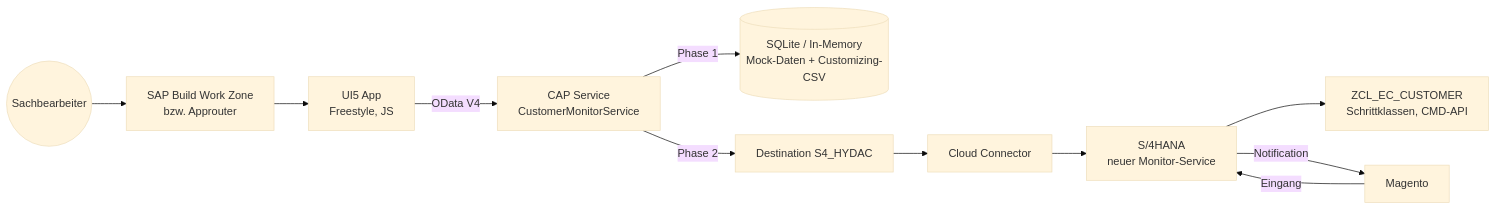
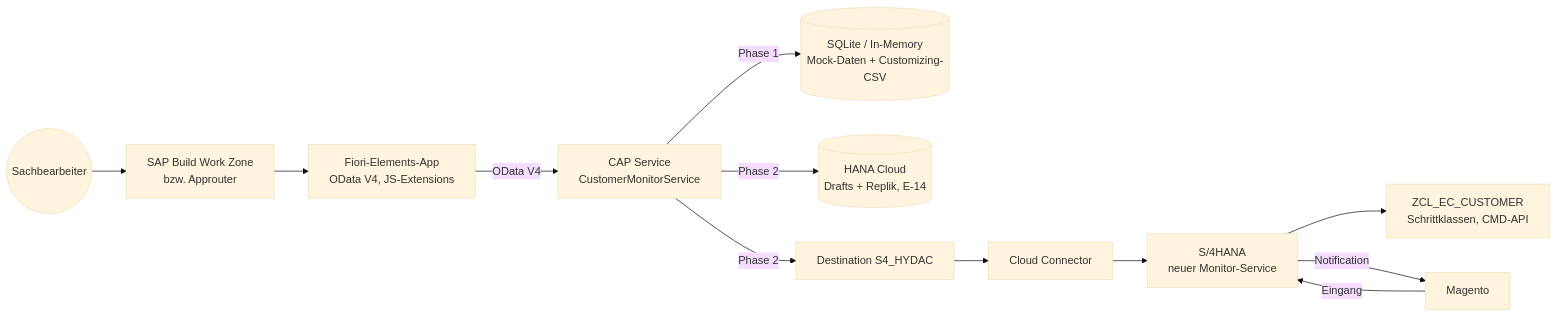
One commit to igorvorobevde/btp-cust-monitor changed the diagram in docs/02_architektur.md. Above: the diagram before and after it, drawn with Mermaid (base theme). The commit also changed other lines of this file and 4 other files, not shown here.

First line of the commit message:
docs: architecture plan for migration to Fiori Elements (OData V4)

````diff
--- a/docs/02_architektur.md
+++ b/docs/02_architektur.md
@@ -5,13 +5,14 @@
 ```mermaid
 flowchart LR
   U((Sachbearbeiter)) --> WZ[SAP Build Work Zone<br/>bzw. Approuter]
-  WZ --> UI[UI5 App<br/>Freestyle, JS]
+  WZ --> UI[Fiori-Elements-App<br/>OData V4, JS-Extensions]
   UI -->|OData V4| CAP[CAP Service<br/>CustomerMonitorService]
   CAP -->|Phase 1| MOCK[(SQLite / In-Memory<br/>Mock-Daten + Customizing-CSV)]
+  CAP -->|Phase 2| HANA[(HANA Cloud<br/>Drafts + Replik, E-14)]
   CAP -->|Phase 2| DEST[Destination S4_HYDAC]
   DEST --> CC[Cloud Connector]
   CC --> S4[S/4HANA<br/>neuer Monitor-Service]
   S4 --> LOGIC[ZCL_EC_CUSTOMER<br/>Schrittklassen, CMD-API]
   S4 -->|Notification| MAG[Magento]
   MAG -->|Eingang| S4
 ```
````
